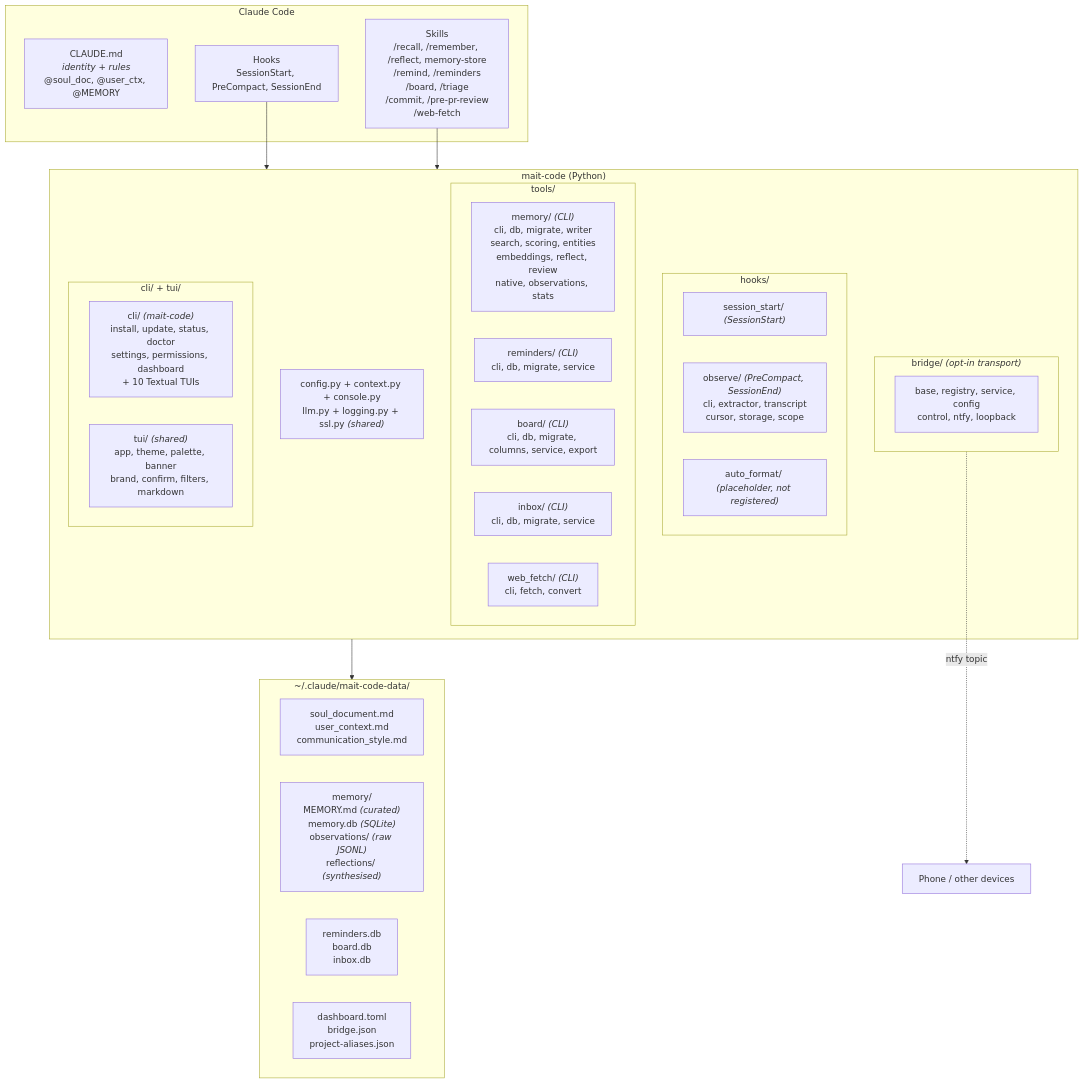
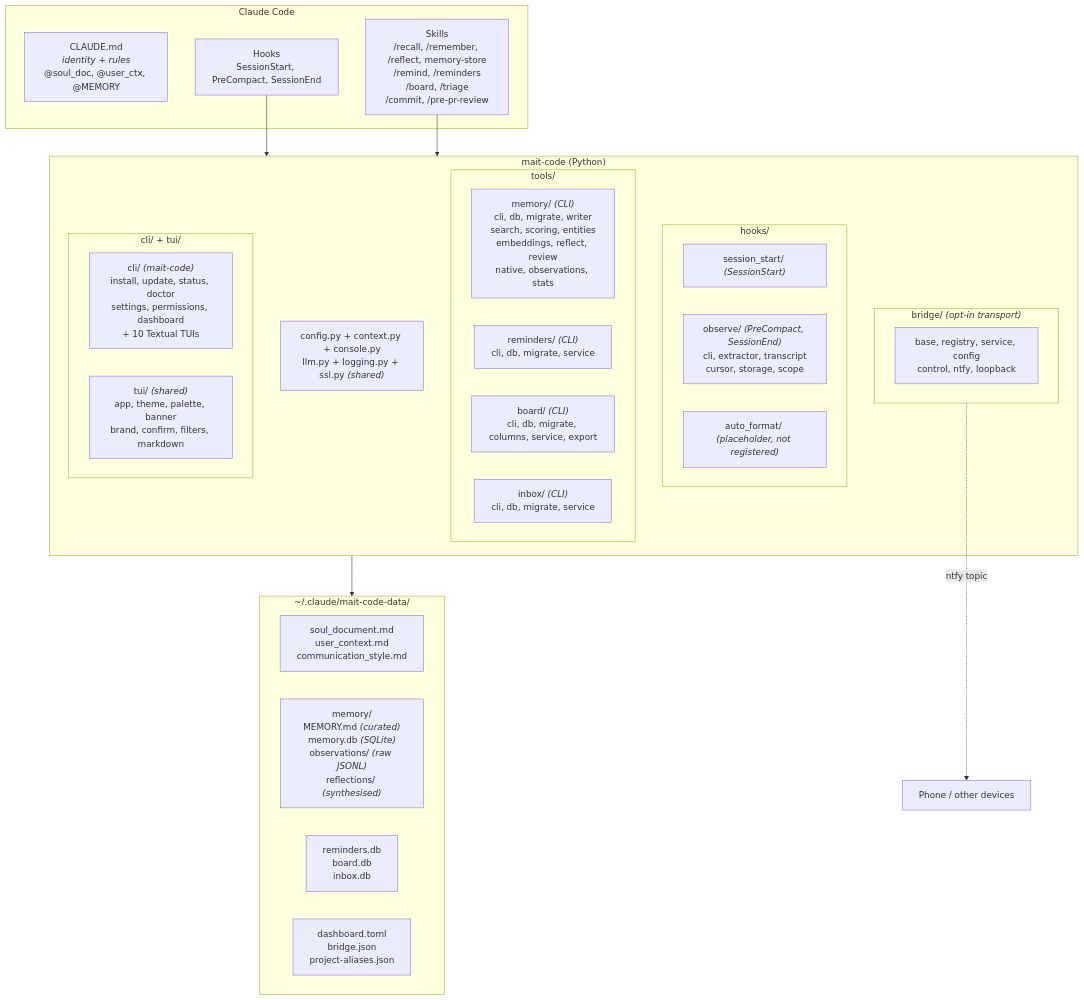
The first of 4 diagrams in docs/architecture.md (wiktordepina/mait-code), drawn with Mermaid before and after one commit. The commit also changed other lines of this file and 28 other files, not shown here.

First line of the commit message:
chore: remove the web-fetch skill and mc-tool-web-fetch

````diff
--- a/docs/architecture.md
+++ b/docs/architecture.md
@@ -14,43 +14,42 @@
 ```mermaid
 graph TD
     subgraph claude_code ["Claude Code"]
         CLAUDE_MD["CLAUDE.md<br/><i>identity + rules</i><br/>@soul_doc, @user_ctx, @MEMORY"]
         HOOKS["Hooks<br/>SessionStart, PreCompact, SessionEnd"]
-        SKILLS["Skills<br/>/recall, /remember, /reflect, memory-store<br/>/remind, /reminders<br/>/board, /triage<br/>/commit, /pre-pr-review<br/>/web-fetch"]
+        SKILLS["Skills<br/>/recall, /remember, /reflect, memory-store<br/>/remind, /reminders<br/>/board, /triage<br/>/commit, /pre-pr-review"]
     end
 
     subgraph mait_code ["mait-code (Python)"]
         subgraph hooks_pkg ["hooks/"]
             session_start["session_start/ <i>(SessionStart)</i>"]
             observe["observe/ <i>(PreCompact, SessionEnd)</i><br/>cli, extractor, transcript<br/>cursor, storage, scope"]
             auto_format["auto_format/ <i>(placeholder, not registered)</i>"]
         end
         subgraph tools_pkg ["tools/"]
             memory_tool["memory/ <i>(CLI)</i><br/>cli, db, migrate, writer<br/>search, scoring, entities<br/>embeddings, reflect, review<br/>native, observations, stats"]
             reminders_tool["reminders/ <i>(CLI)</i><br/>cli, db, migrate, service"]
             board_tool["board/ <i>(CLI)</i><br/>cli, db, migrate, columns, service, export"]
             inbox_tool["inbox/ <i>(CLI)</i><br/>cli, db, migrate, service"]
-            web_fetch_tool["web_fetch/ <i>(CLI)</i><br/>cli, fetch, convert"]
         end
         subgraph bridge_pkg ["bridge/ <i>(opt-in transport)</i>"]
             bridge_core["base, registry, service, config<br/>control, ntfy, loopback"]
         end
         subgraph ui_pkg ["cli/ + tui/"]
             cli_layer["cli/ <i>(mait-code)</i><br/>install, update, status, doctor<br/>settings, permissions, dashboard<br/>+ 10 Textual TUIs"]
             tui_layer["tui/ <i>(shared)</i><br/>app, theme, palette, banner<br/>brand, confirm, filters, markdown"]
         end
         shared["config.py + context.py + console.py<br/>llm.py + logging.py + ssl.py <i>(shared)</i>"]
     end
 
     subgraph data_dir ["~/.claude/mait-code-data/"]
         identity["soul_document.md<br/>user_context.md<br/>communication_style.md"]
         memory_store["memory/<br/>MEMORY.md <i>(curated)</i><br/>memory.db <i>(SQLite)</i><br/>observations/ <i>(raw JSONL)</i><br/>reflections/ <i>(synthesised)</i>"]
         other_dbs["reminders.db<br/>board.db<br/>inbox.db"]
         cfg["dashboard.toml<br/>bridge.json<br/>project-aliases.json"]
     end
 
     HOOKS --> mait_code
     SKILLS --> mait_code
     mait_code --> data_dir
     bridge_pkg -.->|"ntfy topic"| phone["Phone / other devices"]
 ```
````
